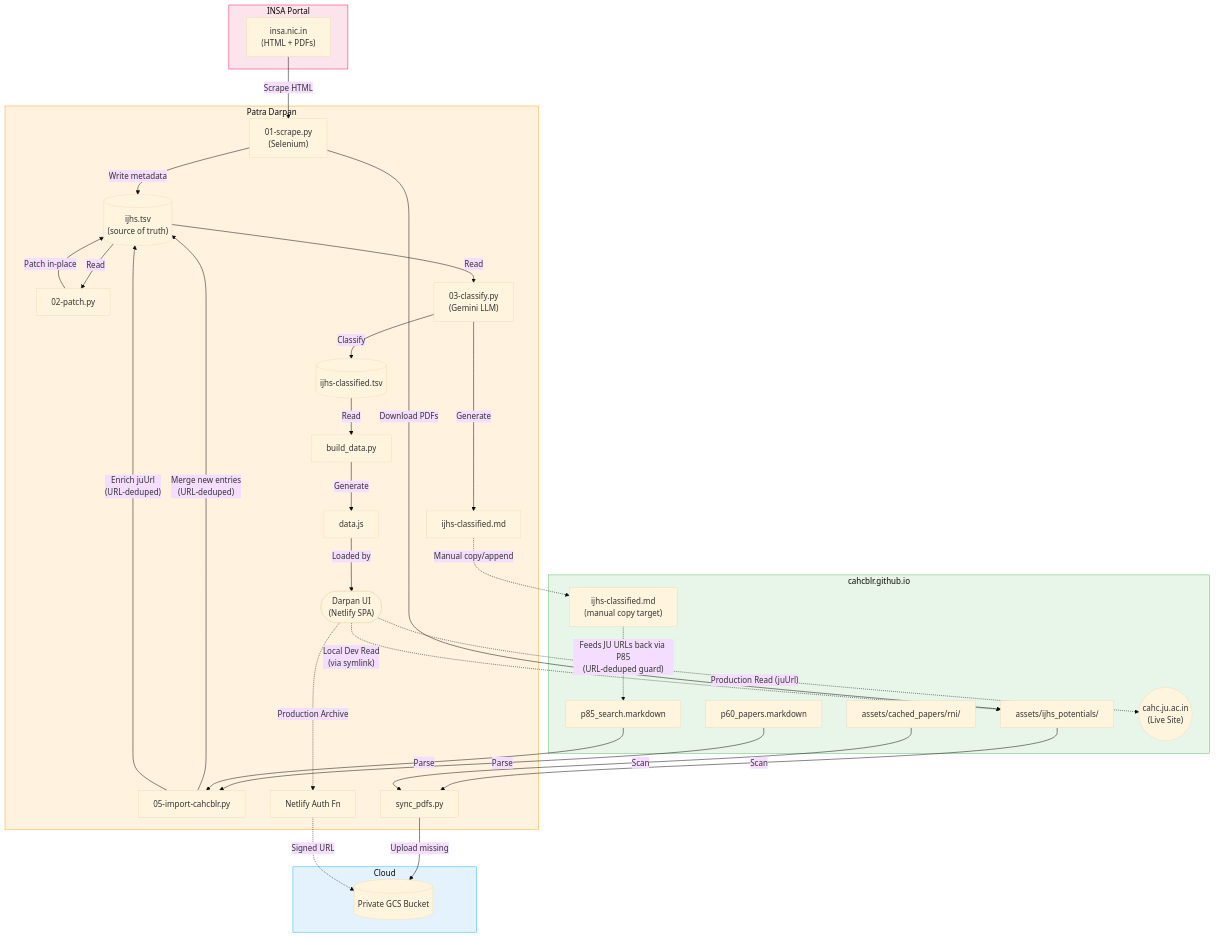
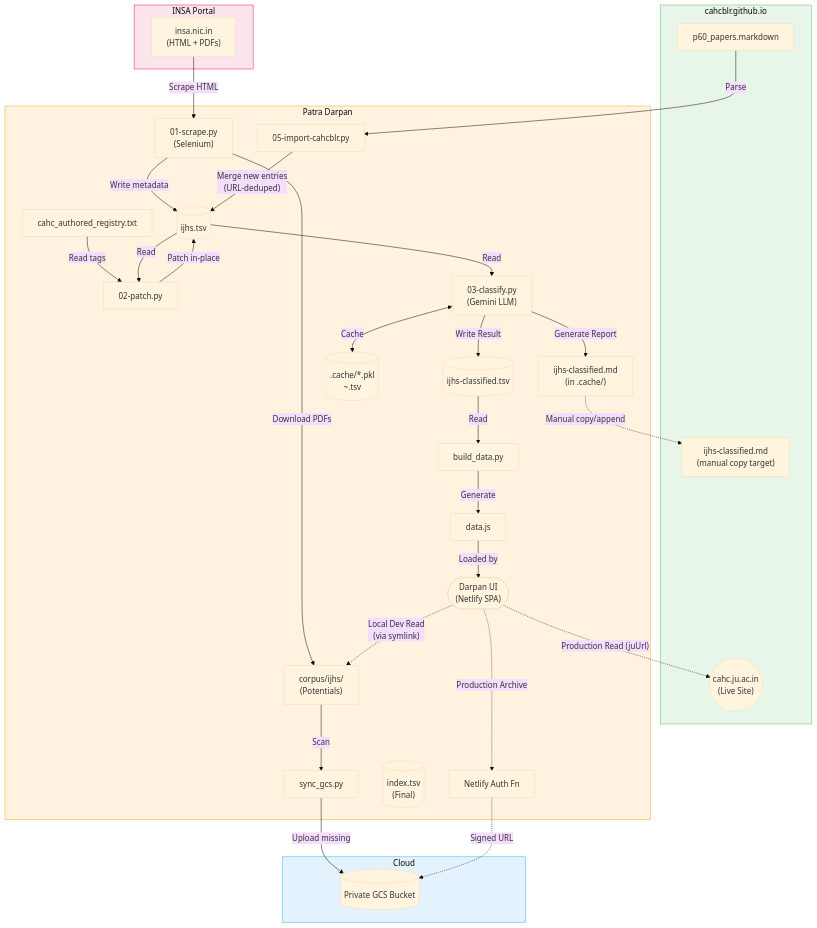
Before and after one commit to suchakr/patra-darpan: the second of 3 diagrams in README.md, drawn with Mermaid (base theme). The commit also changed other lines of this file and 1 other file, not shown here.

First line of the commit message:
docs: update architecture documentation and build latest data

````diff
--- a/README.md
+++ b/README.md
@@ -83,75 +95,74 @@
 ```mermaid
 graph TD
     subgraph INSA_Ext ["INSA Portal"]
         INSA["insa.nic.in<br>(HTML + PDFs)"]
     end
 
     subgraph Sibling_Ext ["cahcblr.github.io"]
         P60["p60_papers.markdown"]
-        P85["p85_search.markdown"]
         ClassMD["ijhs-classified.md<br>(manual copy target)"]
-        Potentials["assets/ijhs_potentials/"]
-        Cached["assets/cached_papers/rni/"]
         JUSite(("cahc.ju.ac.in<br>(Live Site)"))
     end
 
     subgraph PatraDarpan ["Patra Darpan"]
         S1["01-scrape.py<br>(Selenium)"]
         S5["05-import-cahcblr.py"]
         S2["02-patch.py"]
         S3["03-classify.py<br>(Gemini LLM)"]
         Build["build_data.py"]
-        Sync["sync_pdfs.py"]
-        TSV[("ijhs.tsv<br>(source of truth)")]
+        Sync["sync_gcs.py"]
+        PD_PDFs["corpus/ijhs/<br>(Potentials)"]
+        TSV[("ijhs.tsv")]
         CTSV[("ijhs-classified.tsv")]
-        ClassMD_out["ijhs-classified.md"]
+        Index[("index.tsv<br>(Final)")]
+        Registry["cahc_authored_registry.txt"]
+        CacheFiles[(".cache/*.pkl<br>~.tsv")]
+        ClassMD_out["ijhs-classified.md<br>(in .cache/)"]
         DataJS["data.js"]
         DarpanUI(["Darpan UI<br>(Netlify SPA)"])
         NetFn["Netlify Auth Fn"]
     end
 
     subgraph Cloud_Arch ["Cloud"]
         GCS[("Private GCS Bucket")]
     end
 
     %% Ingestion – INSA
     INSA      -->|"Scrape HTML"| S1
-    S1        -->|"Download PDFs"| Potentials
+    S1        -->|"Download PDFs"| PD_PDFs
     S1        -->|"Write metadata"| TSV
 
     %% Ingestion – Sibling
     P60       -->|"Parse"| S5
-    P85       -->|"Parse"| S5
     S5        -->|"Merge new entries<br>(URL-deduped)"| TSV
-    S5        -->|"Enrich juUrl<br>(URL-deduped)"| TSV
 
     %% Processing
+    Registry  -->|"Read tags"| S2
     TSV       -->|"Read"| S2
     S2        -->|"Patch in-place"| TSV
     TSV       -->|"Read"| S3
-    S3        -->|"Classify"| CTSV
-    S3        -->|"Generate"| ClassMD_out
+    S3        -->|"Write Result"| CTSV
+    S3       <-->|"Cache"| CacheFiles
+    S3        -->|"Generate Report"| ClassMD_out
 
     %% Controlled enrichment loop
     ClassMD_out -.->|"Manual copy/append"| ClassMD
-    ClassMD     -.->|"Feeds JU URLs back via P85<br>(URL-deduped guard)"| P85
 
     %% Ops
     CTSV      -->|"Read"| Build
     Build     -->|"Generate"| DataJS
     DataJS    -->|"Loaded by"| DarpanUI
-    Potentials -->|"Scan"| Sync
-    Cached     -->|"Scan"| Sync
+    PD_PDFs   -->|"Scan"| Sync
     Sync      -->|"Upload missing"| GCS
 
     %% Runtime serving (dotted)
     DarpanUI  -.->|"Production Read (juUrl)"| JUSite
     DarpanUI  -.->|"Production Archive"| NetFn
     NetFn     -.->|"Signed URL"| GCS
-    DarpanUI  -.->|"Local Dev Read<br>(via symlink)"| Potentials
+    DarpanUI  -.->|"Local Dev Read<br>(via symlink)"| PD_PDFs
 
     style INSA_Ext    fill:#fce4ec,stroke:#e91e63
     style Sibling_Ext fill:#e8f5e9,stroke:#66bb6a
     style PatraDarpan fill:#fff3e0,stroke:#ffa726
     style Cloud_Arch  fill:#e3f2fd,stroke:#29b6f6
 ```
````
